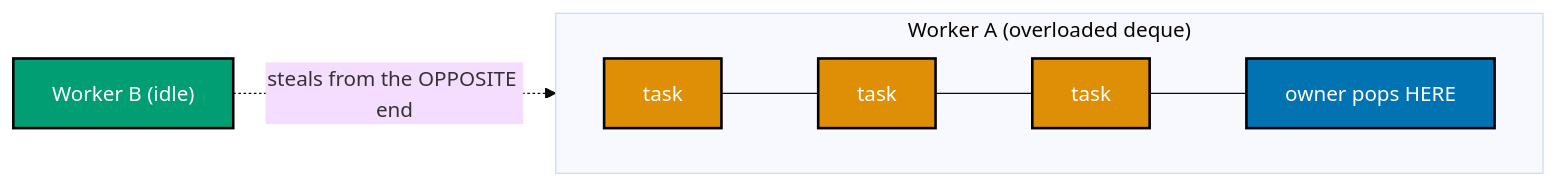
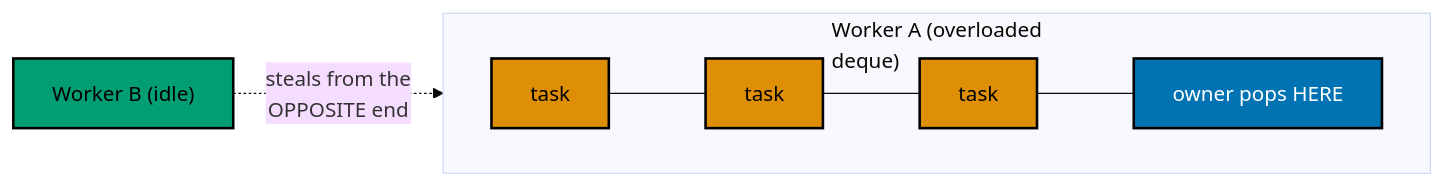
One commit to wahidyankf/ose-public changed the sixth of 15 diagrams in apps/ayokoding-www/content/en/learn/courses/concurrency-and-parallelism/learning/advanced.md. Above: the diagram before and after it, drawn with Mermaid (base theme). The commit also changed other lines of this file and 144 other files, not shown here.

First line of the commit message:
fix(mermaid): bring the first half of the courses diagrams onto the accessible palette

````diff
--- a/apps/ayokoding-www/content/en/learn/courses/concurrency-and-parallelism/learning/advanced.md
+++ b/apps/ayokoding-www/content/en/learn/courses/concurrency-and-parallelism/learning/advanced.md
@@ -1546,13 +1561,16 @@
 ```mermaid
 %% Color Palette: Blue #0173B2, Orange #DE8F05, Teal #029E73, Purple #CC78BC
 flowchart LR
-    subgraph Overloaded["Worker A (overloaded deque)"]
+    accTitle: Example 71: Work-Stealing -- an Idle Worker Steals From an Overloaded Peers Deque
+    accDescr: Flowchart with 5 nodes and 4 connections. Nodes: task, task, task, owner pops HERE, Worker B (idle). Connections: task to task, task to task, task to owner pops HERE, Worker B (idle) to task (steals from the OPPOSITE end).
+    subgraph Overloaded["Worker A (overloaded<br/>deque)"]
         direction LR
         A1["task"]:::orange --- A2["task"]:::orange --- A3["task"]:::orange --- A4["owner pops HERE"]:::blue
     end
-    Idle["Worker B (idle)"]:::teal -.->|"steals from the OPPOSITE end"| A1
+    Idle["Worker B (idle)"]:::teal -.->|"steals from the<br/>OPPOSITE end"| A1
 
     classDef blue fill:#0173B2,stroke:#000000,color:#FFFFFF,stroke-width:2px
-    classDef orange fill:#DE8F05,stroke:#000000,color:#FFFFFF,stroke-width:2px
-    classDef teal fill:#029E73,stroke:#000000,color:#FFFFFF,stroke-width:2px
+    classDef orange fill:#DE8F05,stroke:#000000,color:#000000,stroke-width:2px
+    classDef teal fill:#029E73,stroke:#000000,color:#000000,stroke-width:2px
+    classDef default fill:#FFFFFF,stroke:#000000,color:#000000
 ```
````
